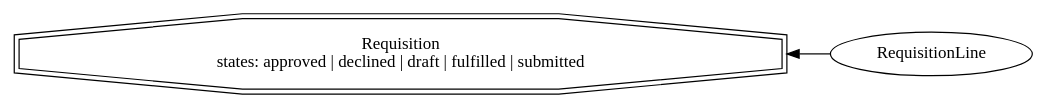
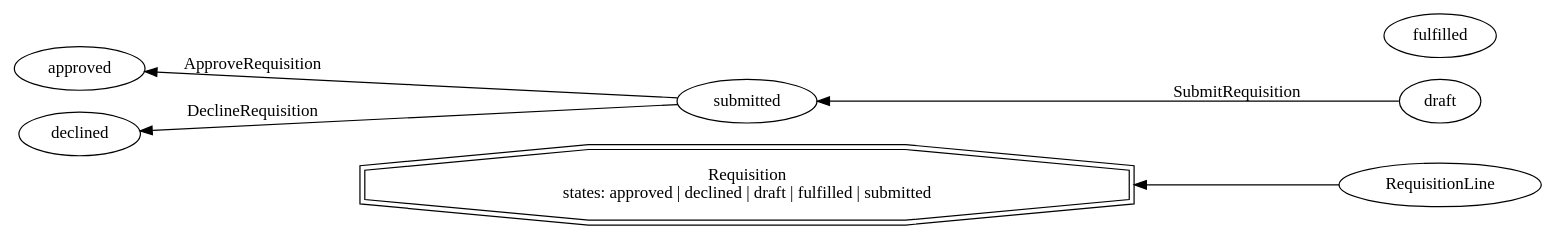
The diagram in resource/waystation/pkg/resources/zz_gen_workflow_requisition.dot (cccteam/ccc), drawn with Graphviz before and after one commit. The commit also changed 47 other files, not shown here.

```diff
--- a/resource/waystation/pkg/resources/zz_gen_workflow_requisition.dot
+++ b/resource/waystation/pkg/resources/zz_gen_workflow_requisition.dot
@@ -1,7 +1,16 @@
 // Code generated by resourcegeneration. DO NOT EDIT.
-// Workflow Requisition: membership only — transitions are RPC-body business rules.
+// Workflow Requisition: membership and declared transitions (@transition).
 digraph RequisitionWorkflow {
 	rankdir=RL;
 	"Requisition" [shape=doubleoctagon, label="Requisition\nstates: approved | declined | draft | fulfilled | submitted"];
 	"RequisitionLine" -> "Requisition";
+	node [shape=ellipse];
+	"state:approved" [label="approved"];
+	"state:declined" [label="declined"];
+	"state:draft" [label="draft"];
+	"state:fulfilled" [label="fulfilled"];
+	"state:submitted" [label="submitted"];
+	"state:submitted" -> "state:approved" [label="ApproveRequisition"];
+	"state:submitted" -> "state:declined" [label="DeclineRequisition"];
+	"state:draft" -> "state:submitted" [label="SubmitRequisition"];
 }
```
